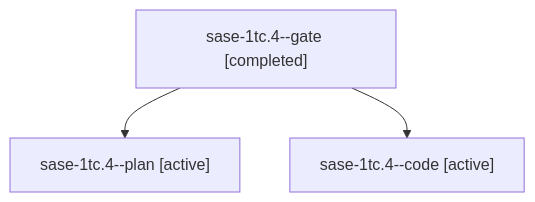
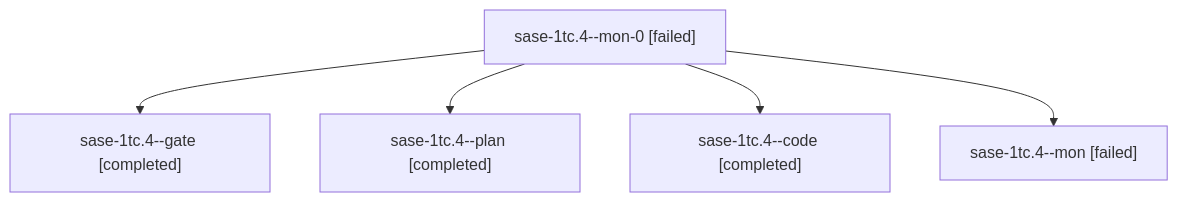
The diagram in sessions/bbugyi200.athena.sase-1tc.4.md (sase-org/sase--agents), drawn with Mermaid before and after one commit. The commit also changed other lines of this file and 92 other files, not shown here.

````diff
--- a/sessions/bbugyi200.athena.sase-1tc.4.md
+++ b/sessions/bbugyi200.athena.sase-1tc.4.md
@@ -9,8 +9,12 @@
 ```mermaid
 flowchart TD
-  n0["sase-1tc.4--gate [completed]"]
-  n1["sase-1tc.4--plan [active]"]
+  n0["sase-1tc.4--mon-0 [failed]"]
+  n1["sase-1tc.4--gate [completed]"]
   n0 --> n1
-  n2["sase-1tc.4--code [active]"]
+  n2["sase-1tc.4--plan [completed]"]
   n0 --> n2
+  n3["sase-1tc.4--code [completed]"]
+  n0 --> n3
+  n4["sase-1tc.4--mon [failed]"]
+  n0 --> n4
 ```
````
